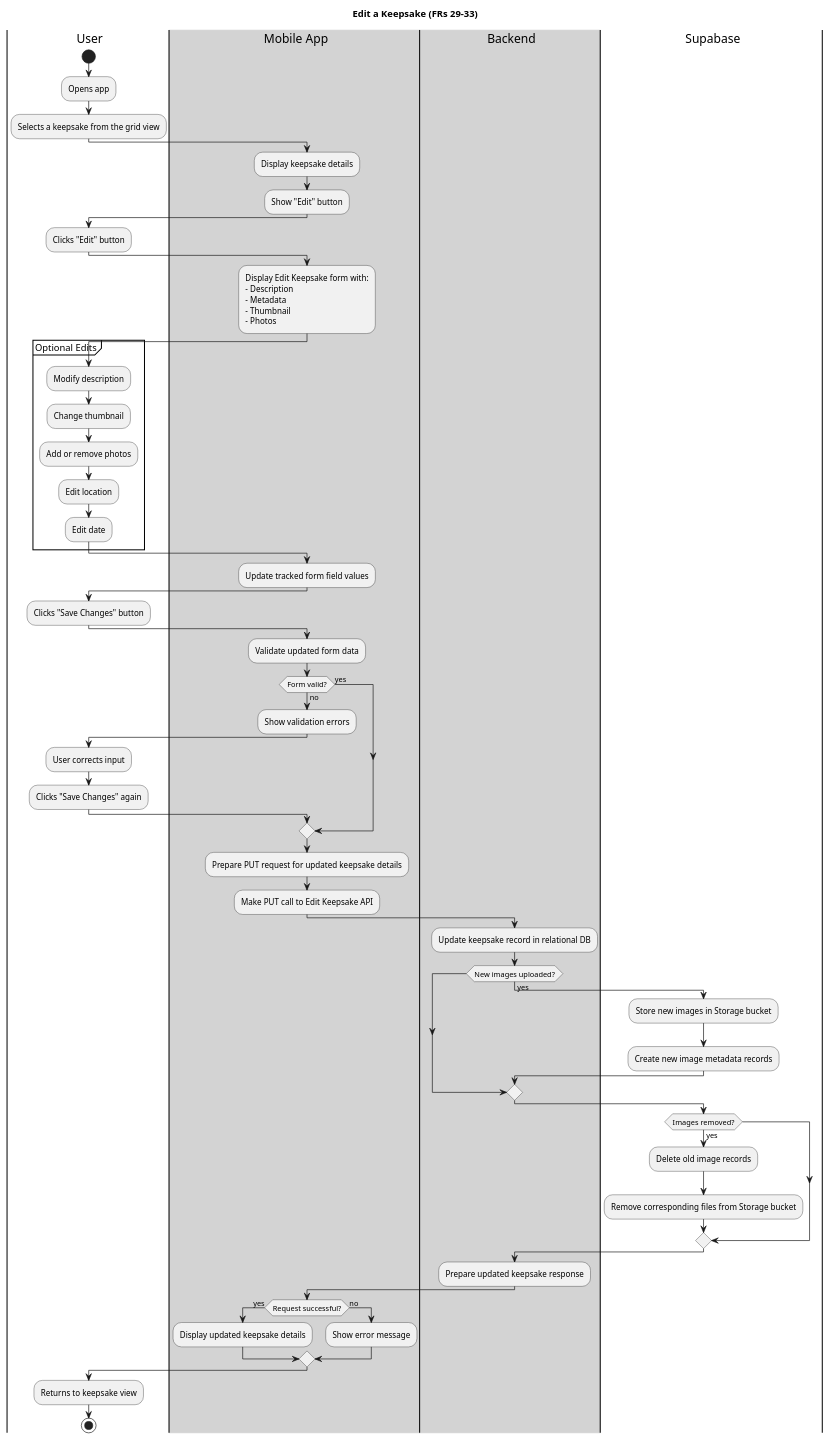
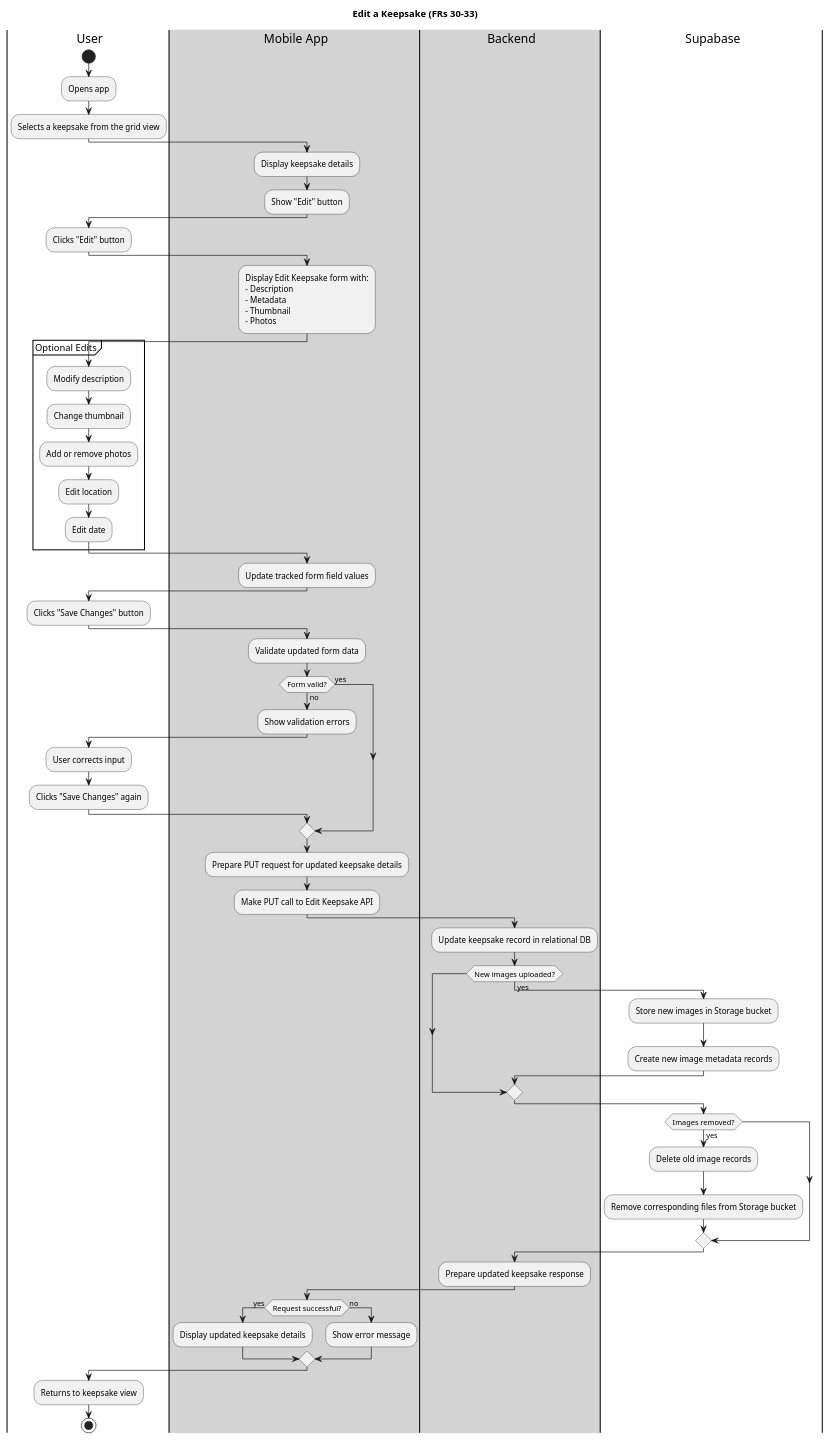
The diagram in docs/activity/edit-memento.puml (owencooke/memento), drawn with PlantUML before and after one commit. The commit also changed 2 other files, not shown here.

```diff
--- a/docs/activity/edit-memento.puml
+++ b/docs/activity/edit-memento.puml
@@ -1,84 +1,84 @@
 @startuml
-title Edit a Keepsake (FRs 29-33)
+title Edit a Keepsake (FRs 30-33)
 
 |user| User
 |#lightgray|mobile| Mobile App
 |#lightgray|backend| Backend
 |db| Supabase
 
 |user|
 start
 :Opens app;
 :Selects a keepsake from the grid view;
 
 |mobile|
 :Display keepsake details;
 :Show "Edit" button;
 
 |user|
 :Clicks "Edit" button;
 
 |mobile|
 :Display Edit Keepsake form with:
 - Description
 - Metadata
 - Thumbnail
 - Photos;
 
 |user|
 partition "Optional Edits" {
   :Modify description;
   :Change thumbnail;
   :Add or remove photos;
   :Edit location;
   :Edit date;
 }
 
 |mobile|
 :Update tracked form field values;
 
 |user|
 :Clicks "Save Changes" button;
 
 |mobile|
 :Validate updated form data;
 if (Form valid?) is (no) then
   :Show validation errors;
   |user|
   :User corrects input;
   :Clicks "Save Changes" again;
 |mobile|
 else (yes)
 endif
 
 :Prepare PUT request for updated keepsake details;
 :Make PUT call to Edit Keepsake API;
 
 |backend|
 :Update keepsake record in relational DB;
 if (New images uploaded?) is (yes) then
   |db|
   :Store new images in Storage bucket;
   :Create new image metadata records;
 endif
 if (Images removed?) is (yes) then
   |db|
   :Delete old image records;
   :Remove corresponding files from Storage bucket;
 endif
 
 |backend|
 :Prepare updated keepsake response;
 
 |mobile|
 if (Request successful?) is (yes) then
   :Display updated keepsake details;
 else (no)
   :Show error message;
 endif
 
 |user|
 :Returns to keepsake view;
 
 stop
 @enduml
```
